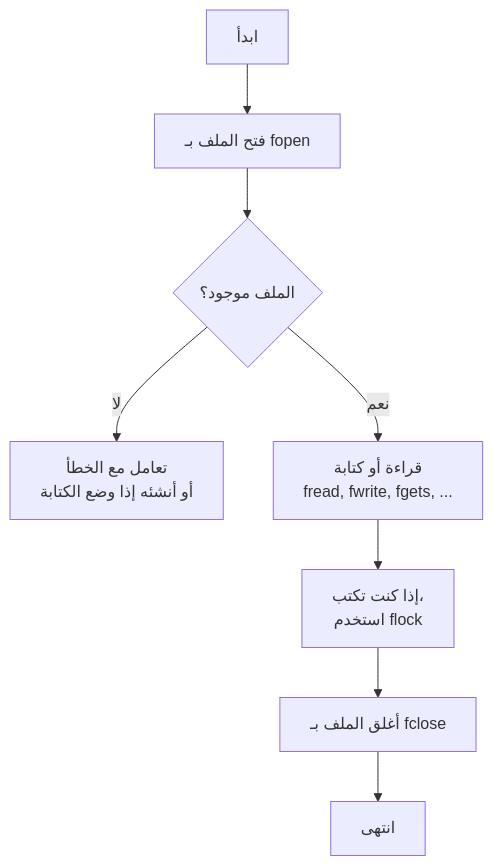
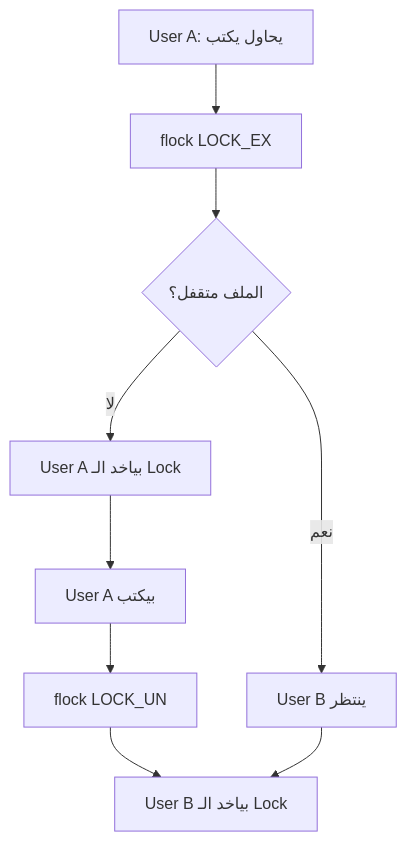
Before and after one commit to muhammad-khaled-tech/My-Study-Notes: the fifth of 6 diagrams in php/PHP Day02.md, drawn with Mermaid. The commit also changed other lines of this file and 2 other files, not shown here.

````diff
--- a/php/PHP Day02.md
+++ b/php/PHP Day02.md
@@ -241,10 +590,12 @@
 ```mermaid
 flowchart TD
-    Start[ابدأ] --> Open[فتح الملف بـ fopen]
-    Open --> Check{الملف موجود؟}
-    Check -- لا --> Fail[تعامل مع الخطأ<br/> أو أنشئه إذا وضع الكتابة]
-    Check -- نعم --> Operation[قراءة أو كتابة<br/> fread, fwrite, fgets, ...]
-    Operation --> Lock[إذا كنت تكتب، <br/>استخدم flock]
-    Lock --> Close[أغلق الملف بـ fclose]
-    Close --> End[انتهى]
+    A[User A: يحاول يكتب] --> B[flock LOCK_EX]
+    B --> C{الملف متقفل؟}
+    C -->|لا| D[User A بياخد الـ Lock]
+    D --> E[User A بيكتب]
+    E --> F[flock LOCK_UN]
+    F --> G[User B بياخد الـ Lock]
+    
+    C -->|نعم| H[User B ينتظر]
+    H --> G
 ```
````
